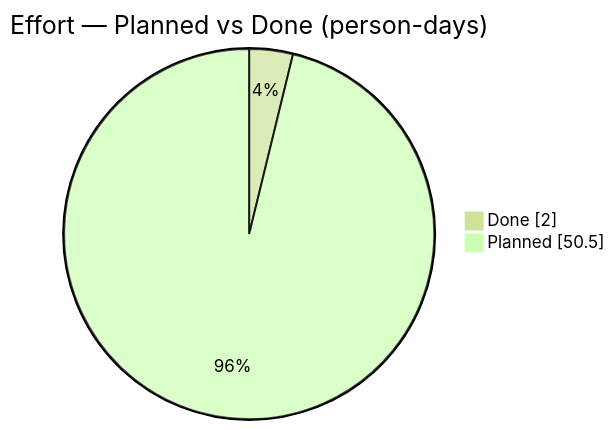
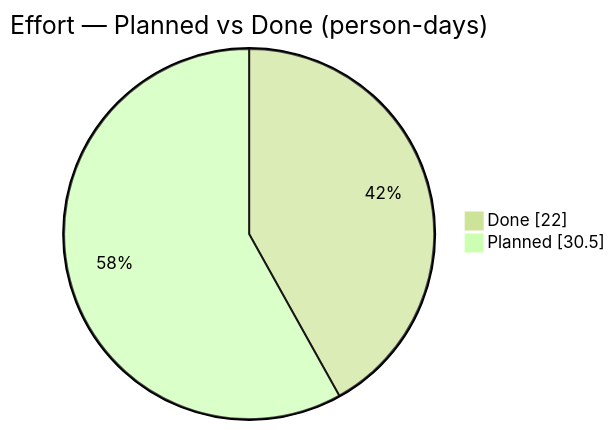
One commit to Katty-Fashion/kf-cpto changed the first of 2 diagrams in docs/_projects/R3-AAS.md. Above: the diagram before and after it, drawn with Mermaid (forest theme). The commit also changed other lines of this file and 24 other files, not shown here.

````diff
--- a/docs/_projects/R3-AAS.md
+++ b/docs/_projects/R3-AAS.md
@@ -123,5 +119,5 @@
 ```mermaid
 pie showData title Effort — Planned vs Done (person-days)
-    "Done" : 2.0
-    "Planned" : 50.5
+    "Done" : 22.0
+    "Planned" : 30.5
 ```
````
